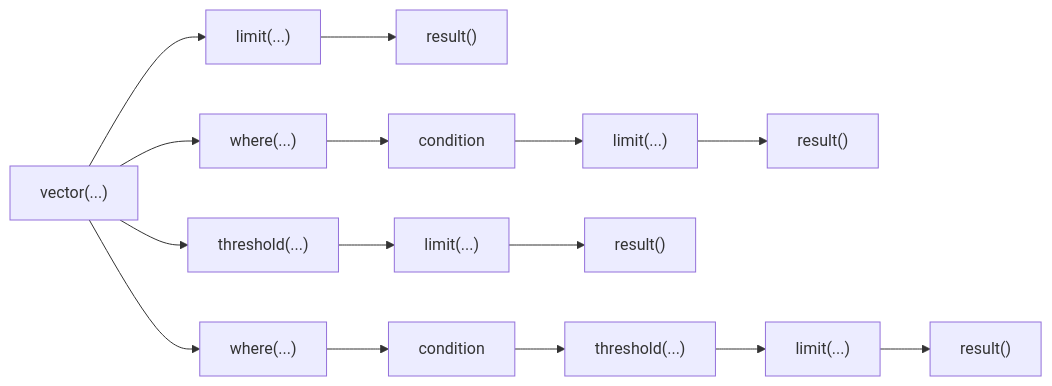
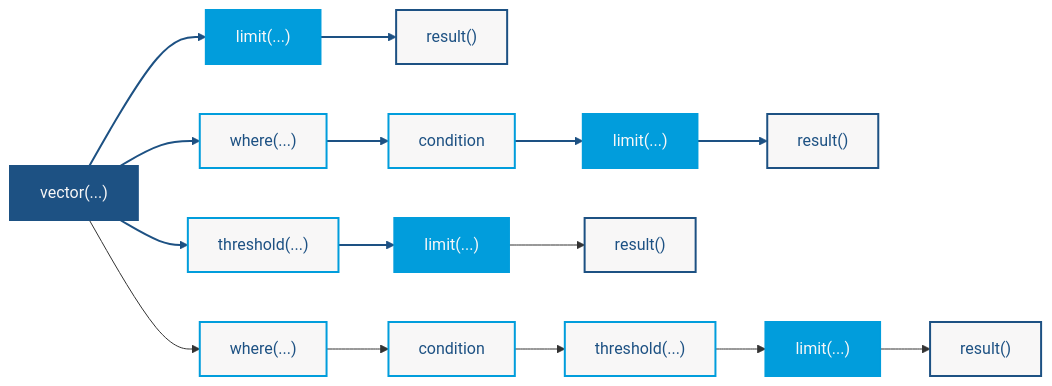
The second of 2 diagrams in README.adoc (eclipse-jnosql/jnosql), drawn with Mermaid before and after one commit.

Commit message:
docs(readme): add styling details to vector diagram in README

```diff
--- a/README.adoc
+++ b/README.adoc
@@ -808,28 +808,56 @@
 [source,mermaid]
 ----
 flowchart LR
     V["vector(...)"]
 
     L1["limit(...)"]
     R1["result()"]
 
     W["where(...)"]
     C["condition"]
     L2["limit(...)"]
     R2["result()"]
 
     T1["threshold(...)"]
     L3["limit(...)"]
     R3["result()"]
 
     WT["where(...)"]
     CT["condition"]
     T2["threshold(...)"]
     L4["limit(...)"]
     R4["result()"]
 
     V --> L1 --> R1
     V --> W --> C --> L2 --> R2
     V --> T1 --> L3 --> R3
     V --> WT --> CT --> T2 --> L4 --> R4
+
+    style V fill:#1D5183,stroke:#1D5183,color:#F8F7F7,stroke-width:2px
+
+    style W fill:#F8F7F7,stroke:#019DDC,color:#1D5183,stroke-width:2px
+    style C fill:#F8F7F7,stroke:#019DDC,color:#1D5183,stroke-width:2px
+    style T1 fill:#F8F7F7,stroke:#019DDC,color:#1D5183,stroke-width:2px
+    style WT fill:#F8F7F7,stroke:#019DDC,color:#1D5183,stroke-width:2px
+    style CT fill:#F8F7F7,stroke:#019DDC,color:#1D5183,stroke-width:2px
+    style T2 fill:#F8F7F7,stroke:#019DDC,color:#1D5183,stroke-width:2px
+
+    style L1 fill:#019DDC,stroke:#019DDC,color:#F8F7F7,stroke-width:2px
+    style L2 fill:#019DDC,stroke:#019DDC,color:#F8F7F7,stroke-width:2px
+    style L3 fill:#019DDC,stroke:#019DDC,color:#F8F7F7,stroke-width:2px
+    style L4 fill:#019DDC,stroke:#019DDC,color:#F8F7F7,stroke-width:2px
+
+    style R1 fill:#F8F7F7,stroke:#1D5183,color:#1D5183,stroke-width:2px
+    style R2 fill:#F8F7F7,stroke:#1D5183,color:#1D5183,stroke-width:2px
+    style R3 fill:#F8F7F7,stroke:#1D5183,color:#1D5183,stroke-width:2px
+    style R4 fill:#F8F7F7,stroke:#1D5183,color:#1D5183,stroke-width:2px
+
+    linkStyle 0 stroke:#1D5183,stroke-width:2px
+    linkStyle 1 stroke:#1D5183,stroke-width:2px
+    linkStyle 2 stroke:#1D5183,stroke-width:2px
+    linkStyle 3 stroke:#1D5183,stroke-width:2px
+    linkStyle 4 stroke:#1D5183,stroke-width:2px
+    linkStyle 5 stroke:#1D5183,stroke-width:2px
+    linkStyle 6 stroke:#1D5183,stroke-width:2px
+    linkStyle 7 stroke:#1D5183,stroke-width:2px
 ----
```
